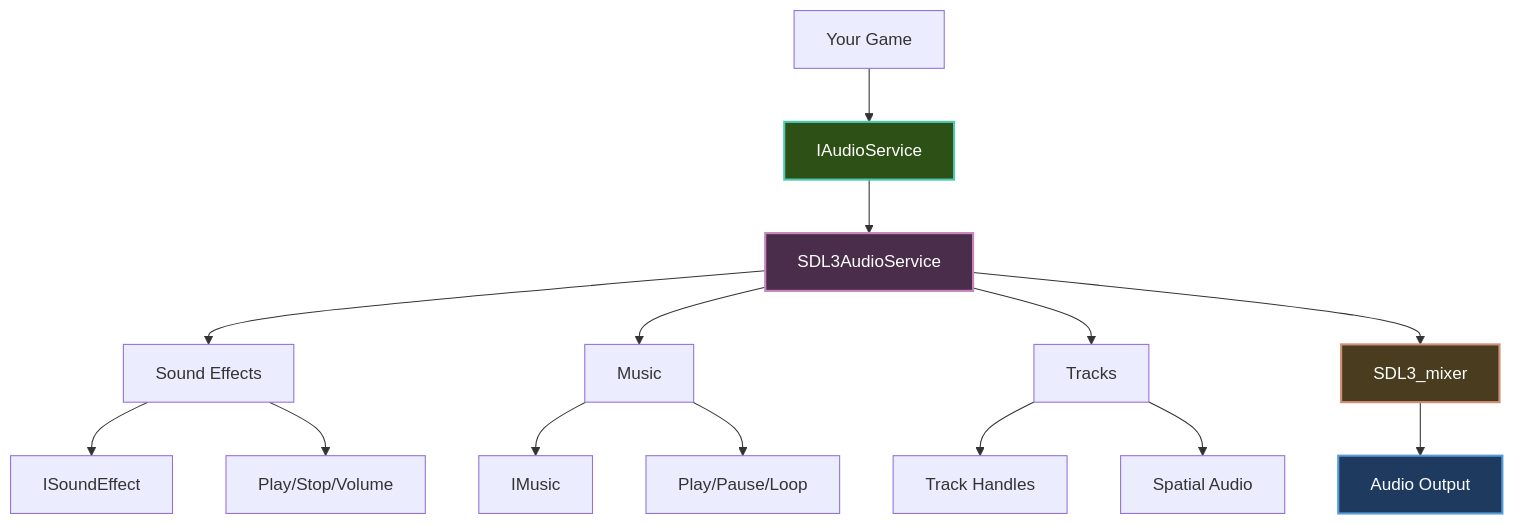
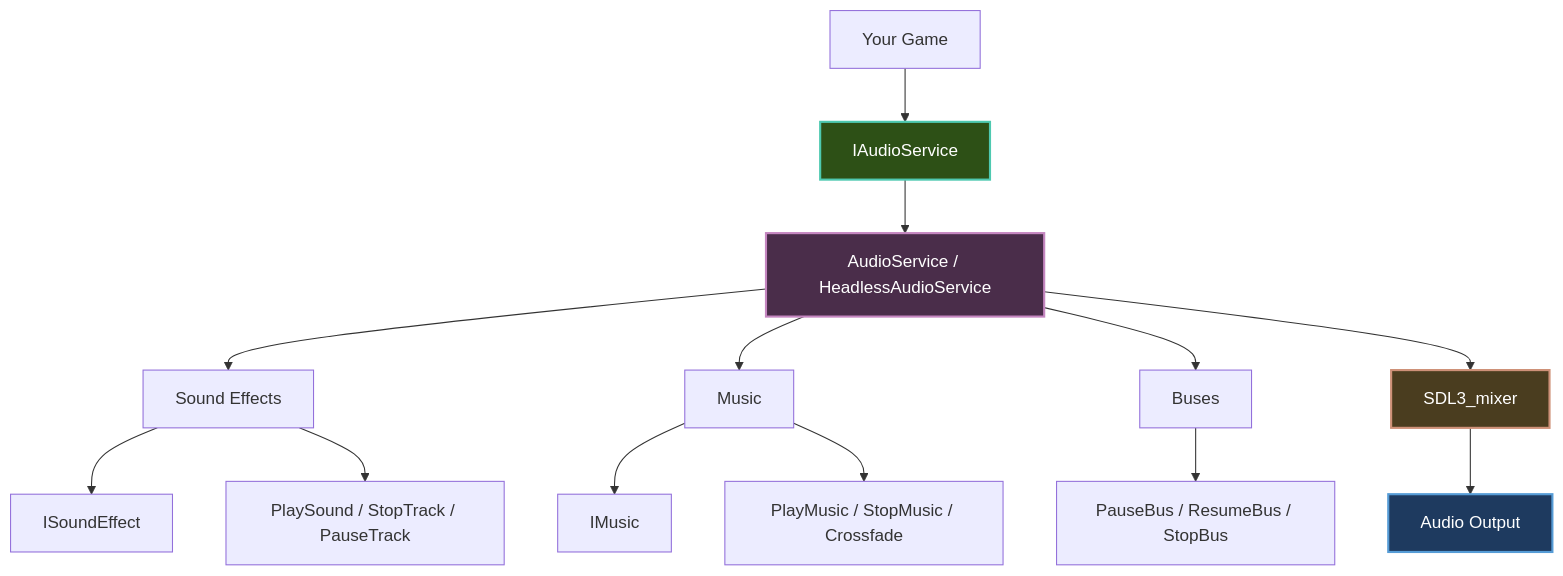
The first of 2 diagrams in docs/audio/getting-started.md (CrazyPickleStudios/Brine2D-Documentation), drawn with Mermaid before and after one commit. The commit also changed other lines of this file and 4 other files, not shown here.

````diff
--- a/docs/audio/getting-started.md
+++ b/docs/audio/getting-started.md
@@ -30,26 +33,25 @@
 ```mermaid
 graph TB
     A[Your Game] --> B[IAudioService]
-    B --> C[SDL3AudioService]
-    
+    B --> C[AudioService / HeadlessAudioService]
+
     C --> D[Sound Effects]
     C --> E[Music]
-    C --> F[Tracks]
-    
+    C --> F[Buses]
+
     D --> D1[ISoundEffect]
-    D --> D2[Play/Stop/Volume]
-    
+    D --> D2[PlaySound / StopTrack / PauseTrack]
+
     E --> E1[IMusic]
-    E --> E2[Play/Pause/Loop]
-    
-    F --> F1[Track Handles]
-    F --> F2[Spatial Audio]
-    
+    E --> E2[PlayMusic / StopMusic / Crossfade]
+
+    F --> F1[PauseBus / ResumeBus / StopBus]
+
     C --> G[SDL3_mixer]
     G --> H[Audio Output]
-    
+
     style B fill:#2d5016,stroke:#4ec9b0,stroke-width:2px,color:#fff
     style C fill:#4a2d4a,stroke:#c586c0,stroke-width:2px,color:#fff
     style G fill:#4a3d1f,stroke:#ce9178,stroke-width:2px,color:#fff
     style H fill:#1e3a5f,stroke:#569cd6,stroke-width:2px,color:#fff
 ```
````
